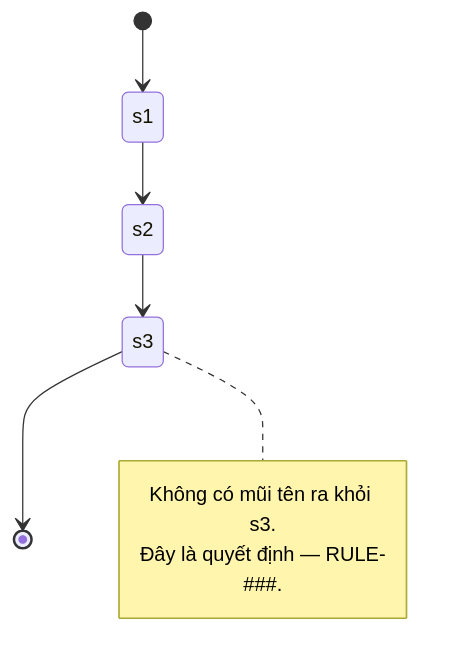
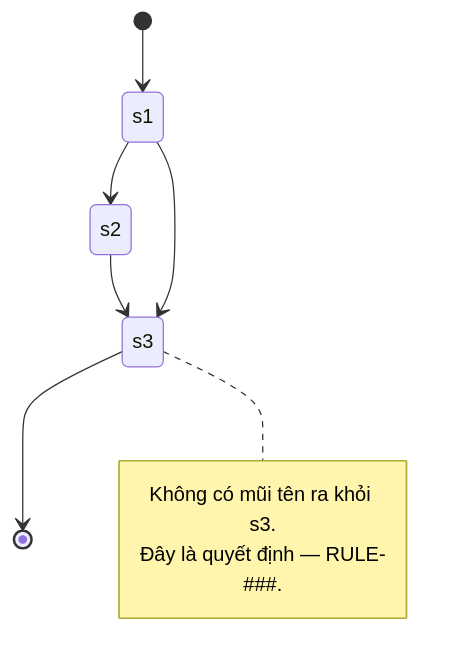
The second of 2 diagrams in plugins/sdd-solo/templates/project/.sdd/templates/context/entities.md (quangman2211/sdd-solo), drawn with Mermaid before and after one commit. The commit also changed other lines of this file and 5 other files, not shown here.

First line of the commit message:
fix(sdd-solo): 3.3.1 — mũi tên state diagram không bắt buộc gắn UC

````diff
--- a/plugins/sdd-solo/templates/project/.sdd/templates/context/entities.md
+++ b/plugins/sdd-solo/templates/project/.sdd/templates/context/entities.md
@@ -25,11 +25,12 @@
 ```mermaid
 stateDiagram-v2
   [*] --> s1 : <UC-### tạo>
   s1 --> s2 : <UC-### · điều kiện>
   s2 --> s3 : <UC-### · điều kiện>
+  s1 --> s3 : <hệ thống ngoài / hết hạn — KHÔNG do UC nào>
   s3 --> [*]
   note right of s3
     Không có mũi tên ra khỏi s3.
     Đây là quyết định — RULE-###.
   end note
 ```
````
